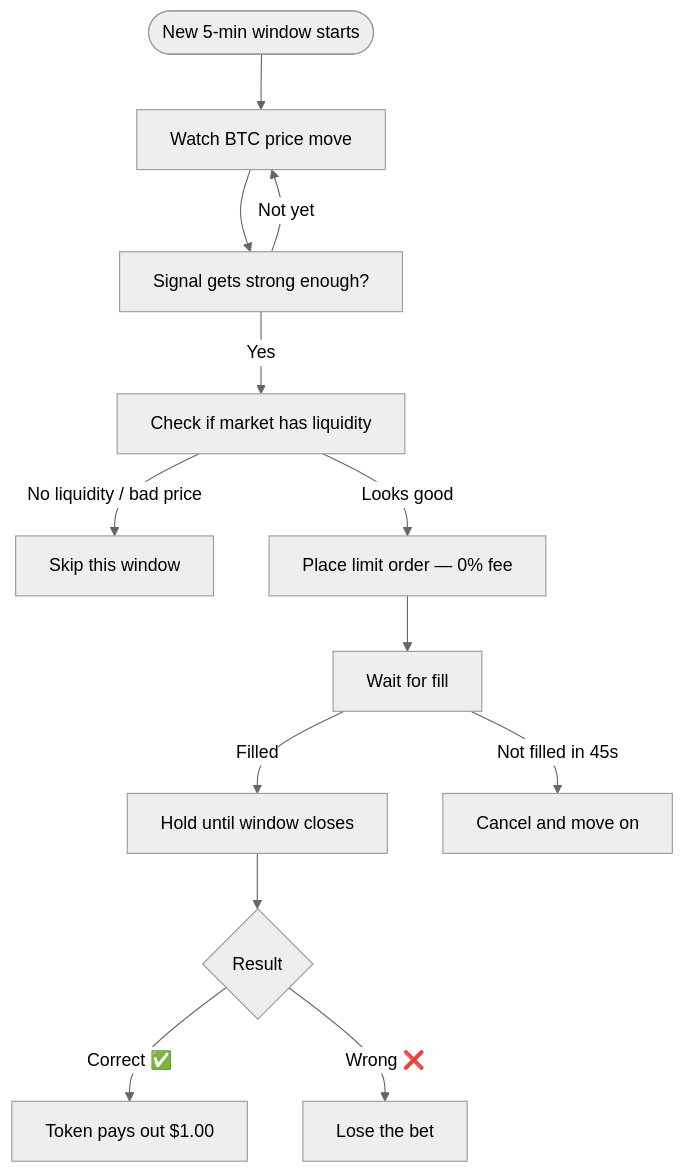
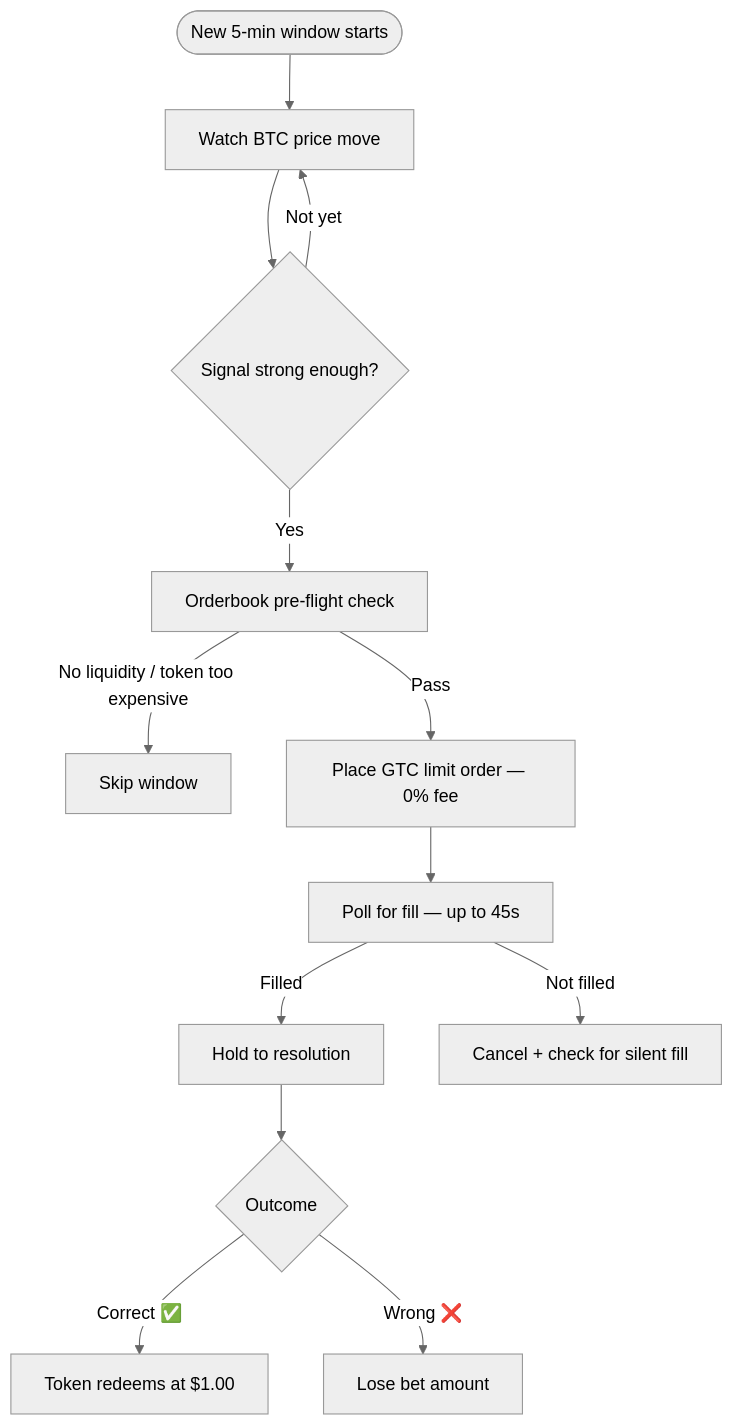
One commit to Suuuryaa/polymarket-edge-research changed the diagram in README.md. Above: the diagram before and after it, drawn with Mermaid (neutral theme). The commit also changed other lines of this file, not shown here.

````diff
--- a/README.md
+++ b/README.md
@@ -21,15 +26,15 @@
 ```mermaid
 flowchart TD
     A([New 5-min window starts]) --> B[Watch BTC price move]
-    B --> C[Signal gets strong enough?]
+    B --> C{Signal strong enough?}
     C -->|Not yet| B
-    C -->|Yes| D[Check if market has liquidity]
-    D -->|No liquidity / bad price| E[Skip this window]
-    D -->|Looks good| F[Place limit order — 0% fee]
-    F --> G[Wait for fill]
-    G -->|Filled| H[Hold until window closes]
-    G -->|Not filled in 45s| I[Cancel and move on]
-    H --> J{Result}
-    J -->|Correct ✅| K[Token pays out $1.00]
-    J -->|Wrong ❌| L[Lose the bet]
+    C -->|Yes| D[Orderbook pre-flight check]
+    D -->|No liquidity / token too expensive| E[Skip window]
+    D -->|Pass| F[Place GTC limit order — 0% fee]
+    F --> G[Poll for fill — up to 45s]
+    G -->|Filled| H[Hold to resolution]
+    G -->|Not filled| I[Cancel + check for silent fill]
+    H --> J{Outcome}
+    J -->|Correct ✅| K[Token redeems at $1.00]
+    J -->|Wrong ❌| L[Lose bet amount]
 ```
````
